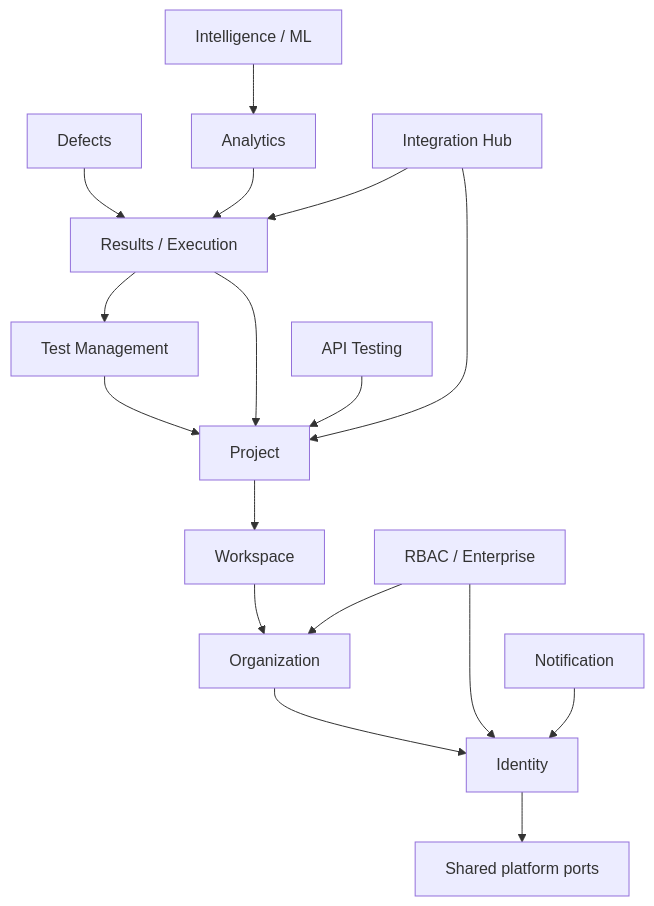
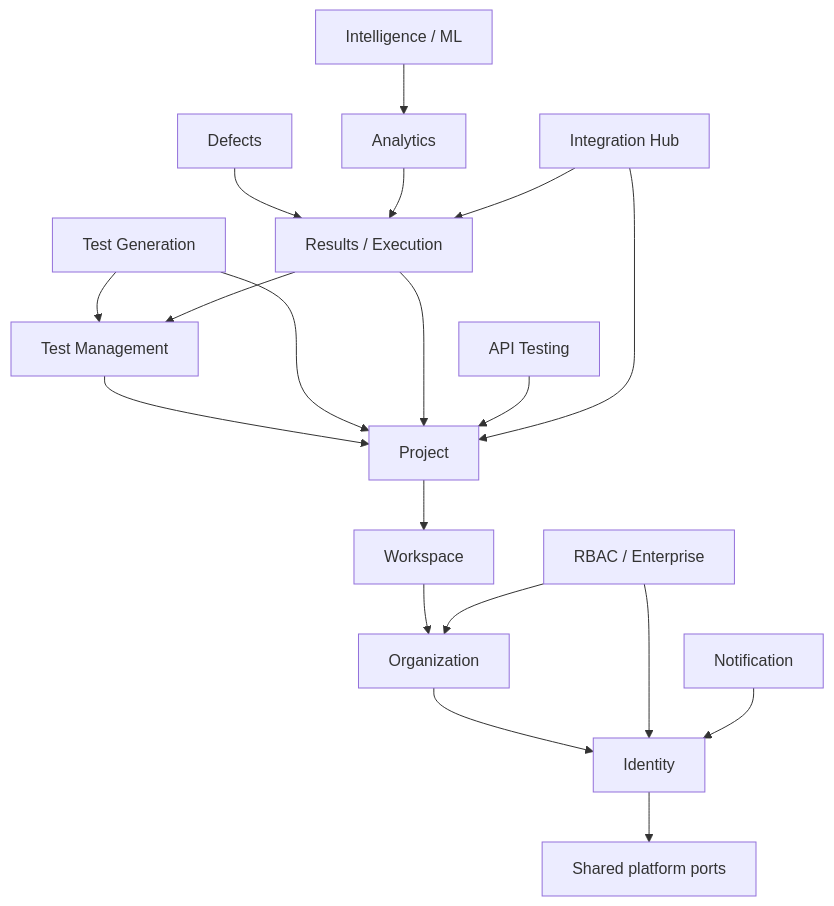
Before and after one commit to whitecrayonn/testra: the diagram in testra/docs/architecture/MODULE_DEPENDENCIES.md, drawn with Mermaid. The commit also changed other lines of this file and 31 other files, not shown here.

````diff
--- a/testra/docs/architecture/MODULE_DEPENDENCIES.md
+++ b/testra/docs/architecture/MODULE_DEPENDENCIES.md
@@ -19,19 +19,21 @@
 ```mermaid
 flowchart TD
     Identity[Identity] --> Shared[Shared platform ports]
     Organization[Organization] --> Identity
     Workspace[Workspace] --> Organization
     Project[Project] --> Workspace
     RBAC[RBAC / Enterprise] --> Identity
     RBAC --> Organization
     TestMgmt[Test Management] --> Project
+    TestGen[Test Generation] --> Project
+    TestGen --> TestMgmt
     Results[Results / Execution] --> Project
     Results --> TestMgmt
     APITesting[API Testing] --> Project
     Defects[Defects] --> Results
     Analytics[Analytics] --> Results
     Intelligence[Intelligence / ML] --> Analytics
     Notification[Notification] --> Identity
     Integration[Integration Hub] --> Project
     Integration --> Results
 ```
````
